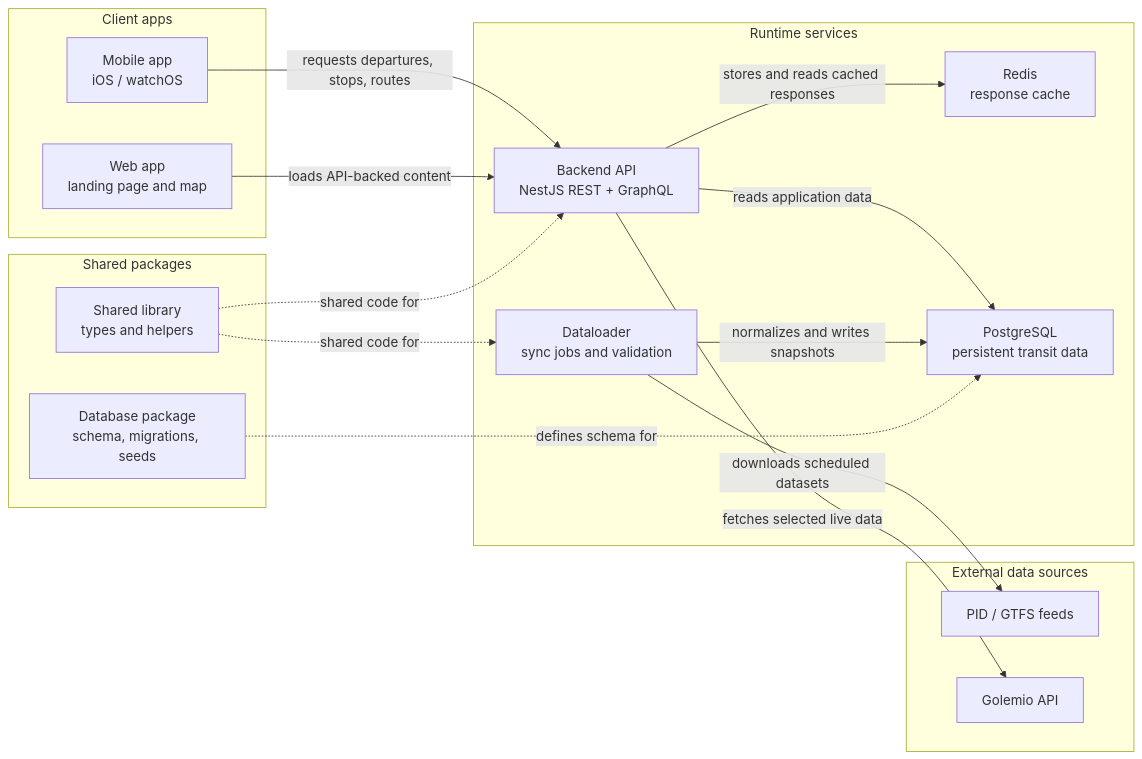
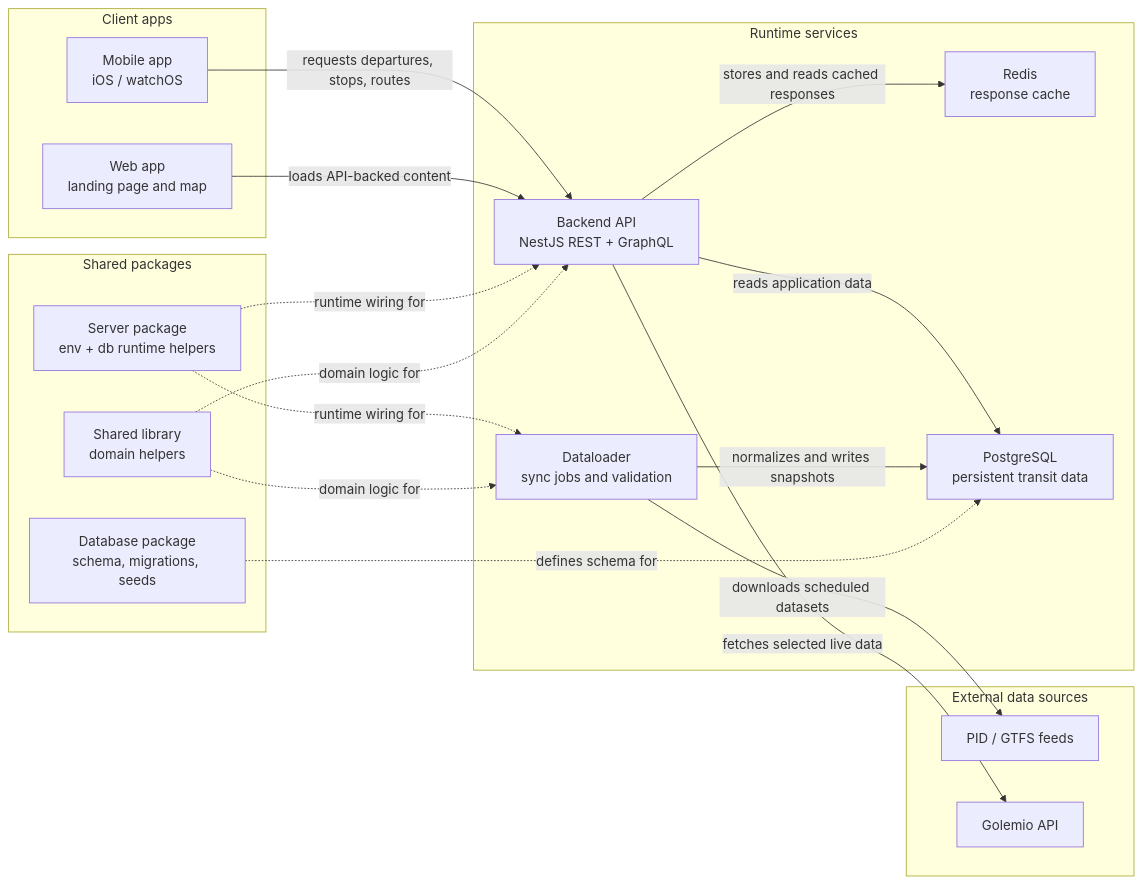
The diagram in README.md (krystxf/metro-now), drawn with Mermaid before and after one commit. The commit also changed other lines of this file, not shown here.

Commit message:
docs: update monorepo architecture overview

````diff
--- a/README.md
+++ b/README.md
@@ -32,35 +32,38 @@
 ```mermaid
 flowchart LR
     subgraph Clients["Client apps"]
         mobile["Mobile app<br/>iOS / watchOS"]
         web["Web app<br/>landing page and map"]
     end
 
     subgraph Runtime["Runtime services"]
         backend["Backend API<br/>NestJS REST + GraphQL"]
         dataloader["Dataloader<br/>sync jobs and validation"]
         redis["Redis<br/>response cache"]
         postgres["PostgreSQL<br/>persistent transit data"]
     end
 
     subgraph Shared["Shared packages"]
         database["Database package<br/>schema, migrations, seeds"]
-        shared["Shared library<br/>types and helpers"]
+        server["Server package<br/>env + db runtime helpers"]
+        shared["Shared library<br/>domain helpers"]
     end
 
     subgraph Sources["External data sources"]
         pid["PID / GTFS feeds"]
         golemio["Golemio API"]
     end
 
     mobile -->|"requests departures, stops, routes"| backend
     web -->|"loads API-backed content"| backend
     backend -->|"reads application data"| postgres
     backend -->|"stores and reads cached responses"| redis
     backend -->|"fetches selected live data"| golemio
     dataloader -->|"downloads scheduled datasets"| pid
     dataloader -->|"normalizes and writes snapshots"| postgres
     database -.->|"defines schema for"| postgres
-    shared -.->|"shared code for"| backend
-    shared -.->|"shared code for"| dataloader
+    server -.->|"runtime wiring for"| backend
+    server -.->|"runtime wiring for"| dataloader
+    shared -.->|"domain logic for"| backend
+    shared -.->|"domain logic for"| dataloader
 ```
````
